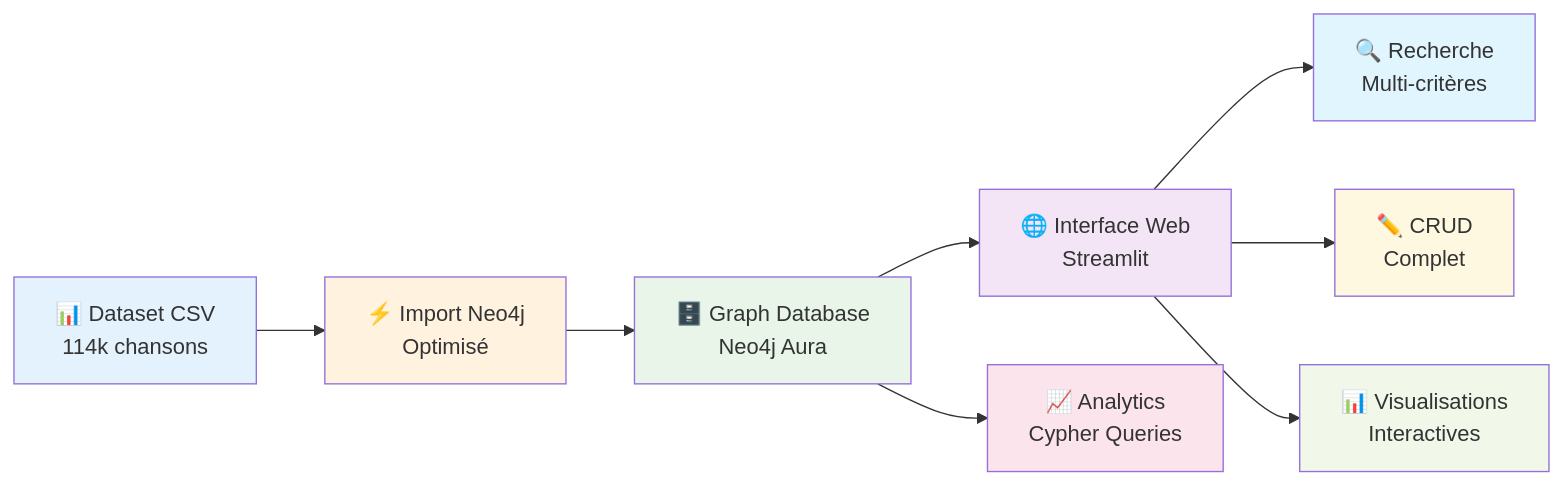
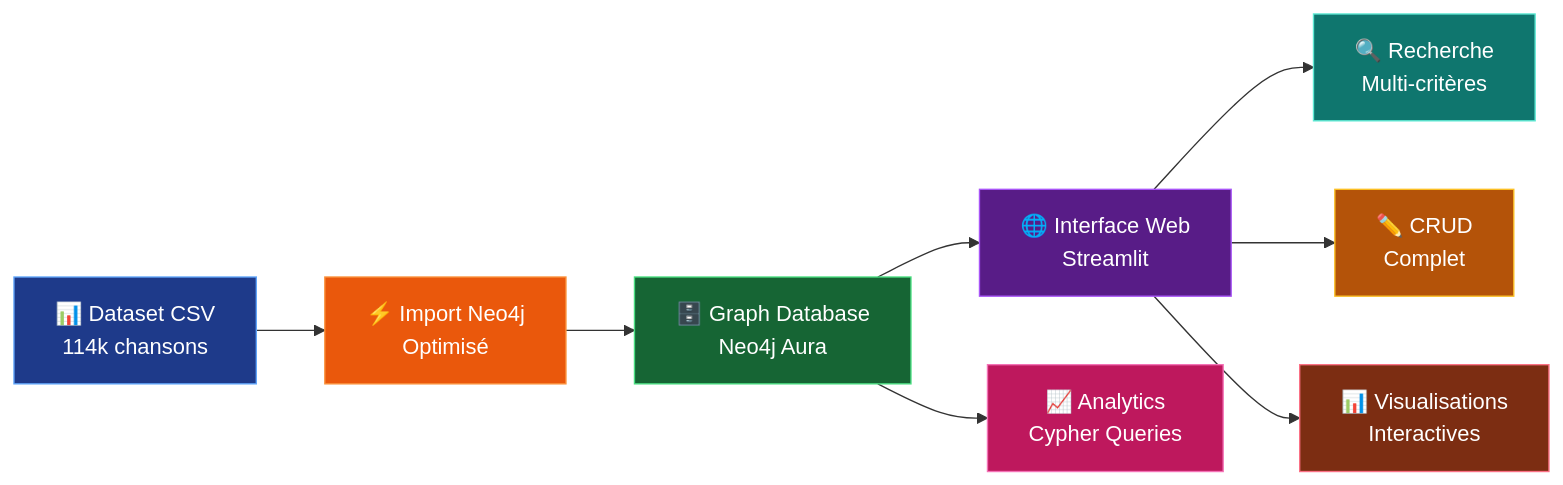
One commit to MatisAgr/IPSSI_SPOTIFY_NOSQL changed the fifth of 5 diagrams in README.md. Above: the diagram before and after it, drawn with Mermaid. The commit also changed other lines of this file, not shown here.

Commit message:
Mise à jour du README.md : amélioration de la clarté et de la présentation, mise à jour des liens Trello et ajustement des styles de diagrammes.

````diff
--- a/README.md
+++ b/README.md
@@ -406,20 +407,20 @@
 ```mermaid
 graph LR
     A[📊 Dataset CSV<br/>114k chansons] --> B[⚡ Import Neo4j<br/>Optimisé]
     B --> C[🗄️ Graph Database<br/>Neo4j Aura]
     C --> D[🌐 Interface Web<br/>Streamlit]
     C --> E[📈 Analytics<br/>Cypher Queries]
     
     D --> F[🔍 Recherche<br/>Multi-critères]
     D --> G[✏️ CRUD<br/>Complet]
     D --> H[📊 Visualisations<br/>Interactives]
     
-    style A fill:#e3f2fd
-    style B fill:#fff3e0
-    style C fill:#e8f5e8
-    style D fill:#f3e5f5
-    style E fill:#fce4ec
-    style F fill:#e1f5fe
-    style G fill:#fff8e1
-    style H fill:#f1f8e9
+    style A fill:#1e3a8a,stroke:#60a5fa,color:#ffffff
+    style B fill:#ea580c,stroke:#fb923c,color:#ffffff
+    style C fill:#166534,stroke:#4ade80,color:#ffffff
+    style D fill:#581c87,stroke:#a855f7,color:#ffffff
+    style E fill:#be185d,stroke:#f472b6,color:#ffffff
+    style F fill:#0f766e,stroke:#5eead4,color:#ffffff
+    style G fill:#b45309,stroke:#fbbf24,color:#ffffff
+    style H fill:#7c2d12,stroke:#fb7185,color:#ffffff
 ```
````
